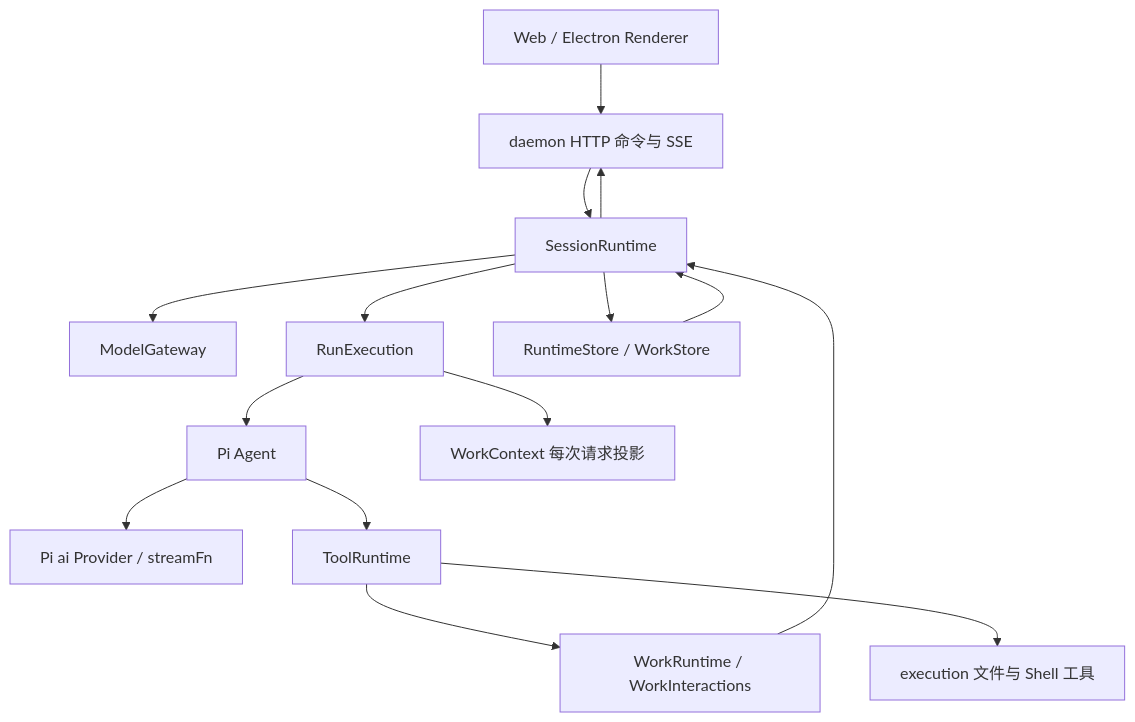
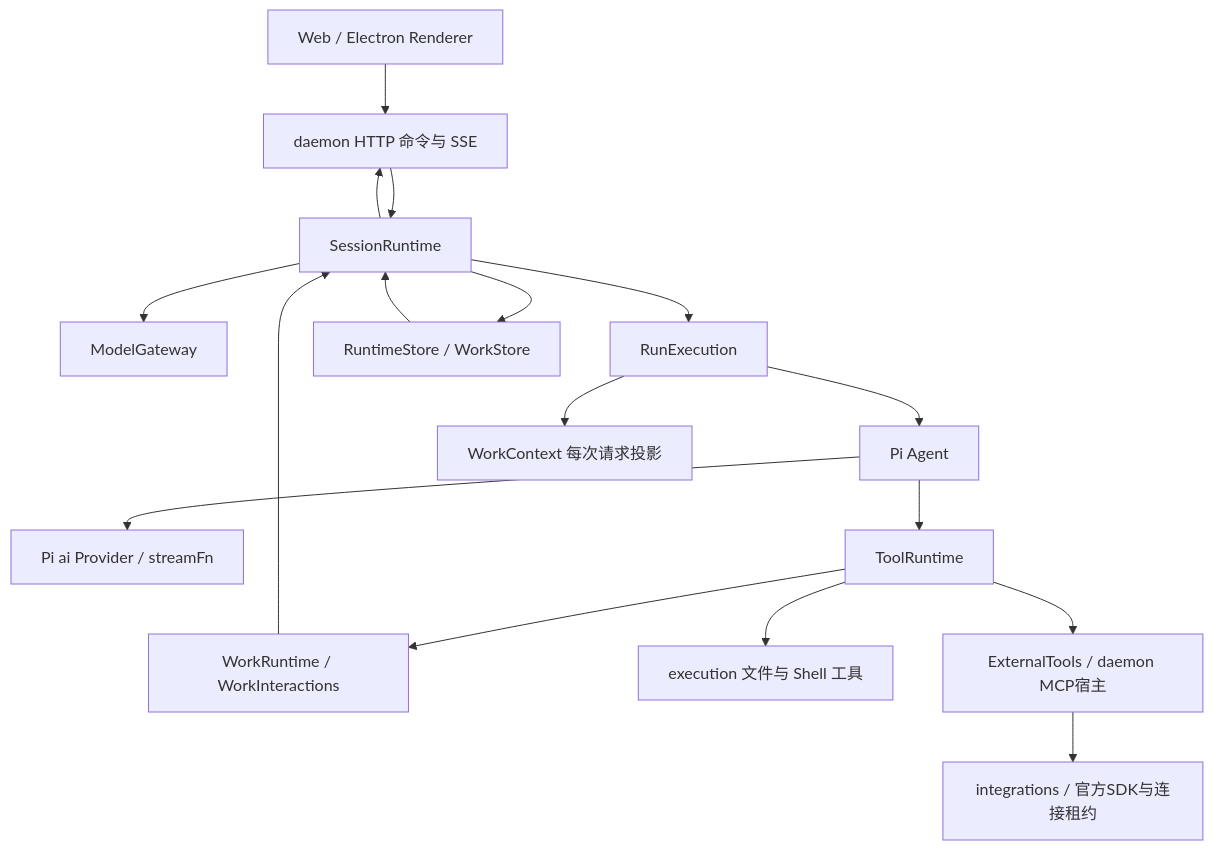
The first of 3 diagrams in docs/09_TECHNICAL/Agent-Runtime.md (lxy980795277/my-pi-harness), drawn with Mermaid before and after one commit. The commit also changed other lines of this file and 389 other files, not shown here.

````diff
--- a/docs/09_TECHNICAL/Agent-Runtime.md
+++ b/docs/09_TECHNICAL/Agent-Runtime.md
@@ -30,17 +30,19 @@
 ```mermaid
 flowchart TD
   Client[Web / Electron Renderer] --> API[daemon HTTP 命令与 SSE]
   API --> Session[SessionRuntime]
   Session --> Gateway[ModelGateway]
   Session --> Run[RunExecution]
   Run --> Pi[Pi Agent]
   Pi --> Stream[Pi ai Provider / streamFn]
   Pi --> Tools[ToolRuntime]
   Tools --> Work[WorkRuntime / WorkInteractions]
   Tools --> Execution[execution 文件与 Shell 工具]
+  Tools --> External[ExternalTools / daemon MCP宿主]
+  External --> MCP[integrations / 官方SDK与连接租约]
   Run --> Context[WorkContext 每次请求投影]
   Session --> Store[RuntimeStore / WorkStore]
   Work --> Session
   Store --> Session
   Session --> API
 ```
````
